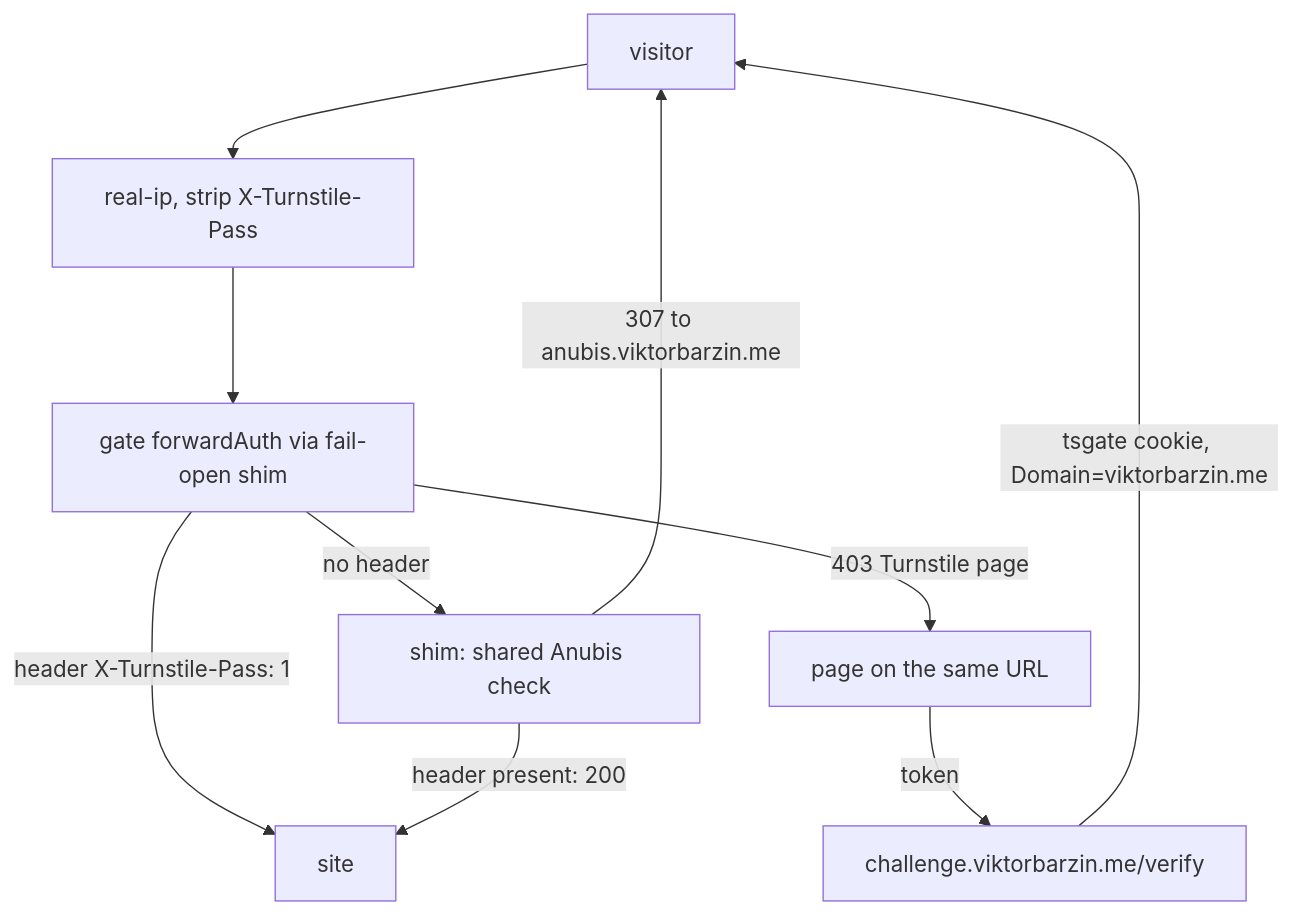
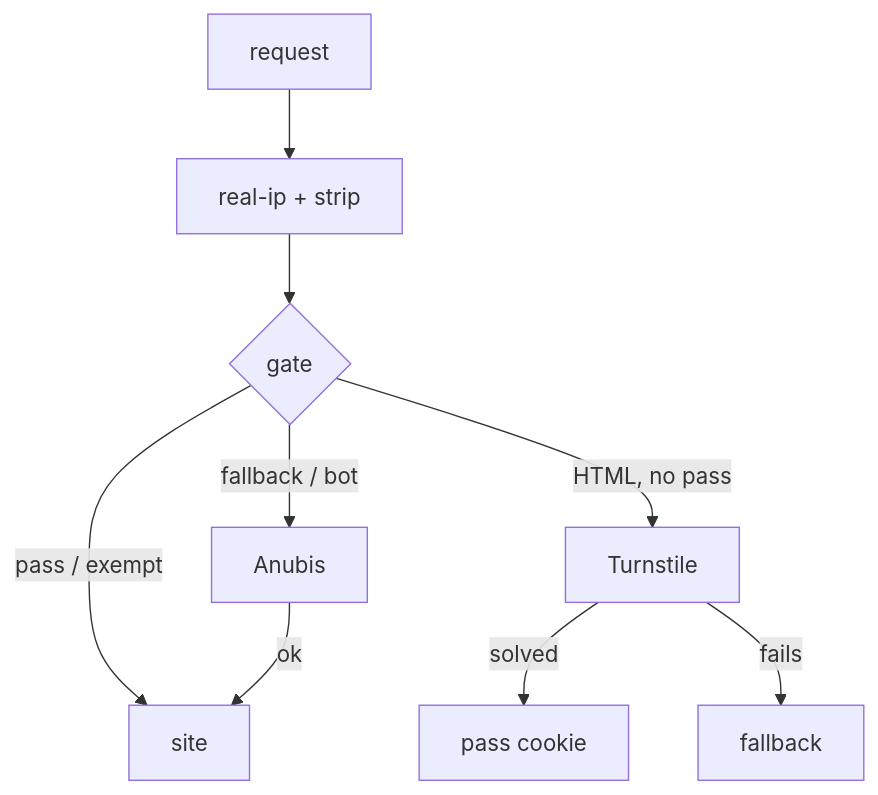
Before and after one commit to ViktorBarzin/infra: the diagram in docs/plans/2026-10-16-turnstile-sitewide-design.md, drawn with Mermaid.

Commit message:
docs: simpler Turnstile design diagram
Shorter labels and no edges back to the visitor, so it reads on a phone.

````diff
--- a/docs/plans/2026-10-16-turnstile-sitewide-design.md
+++ b/docs/plans/2026-10-16-turnstile-sitewide-design.md
@@ -25,12 +25,11 @@
 ```mermaid
 flowchart TD
-  V[visitor] --> R[real-ip, strip X-Turnstile-Pass]
-  R --> G[gate forwardAuth via fail-open shim]
-  G -->|header X-Turnstile-Pass: 1| S[site]
-  G -->|403 Turnstile page| P[page on the same URL]
-  P -->|token| C[challenge.viktorbarzin.me/verify]
-  C -->|tsgate cookie, Domain=viktorbarzin.me| V
-  G -->|no header| A[shim: shared Anubis check]
-  A -->|header present: 200| S
-  A -->|307 to anubis.viktorbarzin.me| V
+  V[request] --> R[real-ip + strip]
+  R --> G{gate}
+  G -->|pass / exempt| S[site]
+  G -->|HTML, no pass| P[Turnstile]
+  P -->|solved| C[pass cookie]
+  P -->|fails| F[fallback]
+  G -->|fallback / bot| A[Anubis]
+  A -->|ok| S
 ```
````
